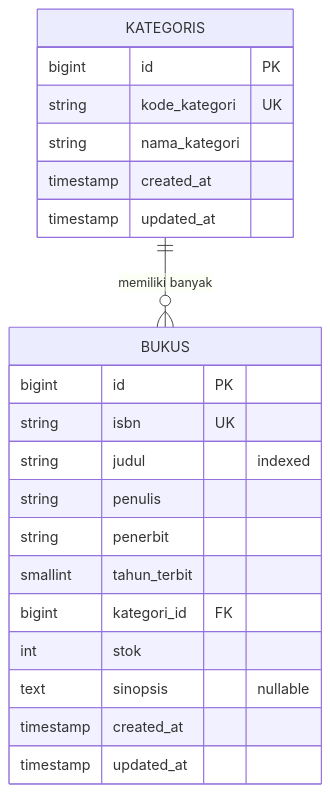
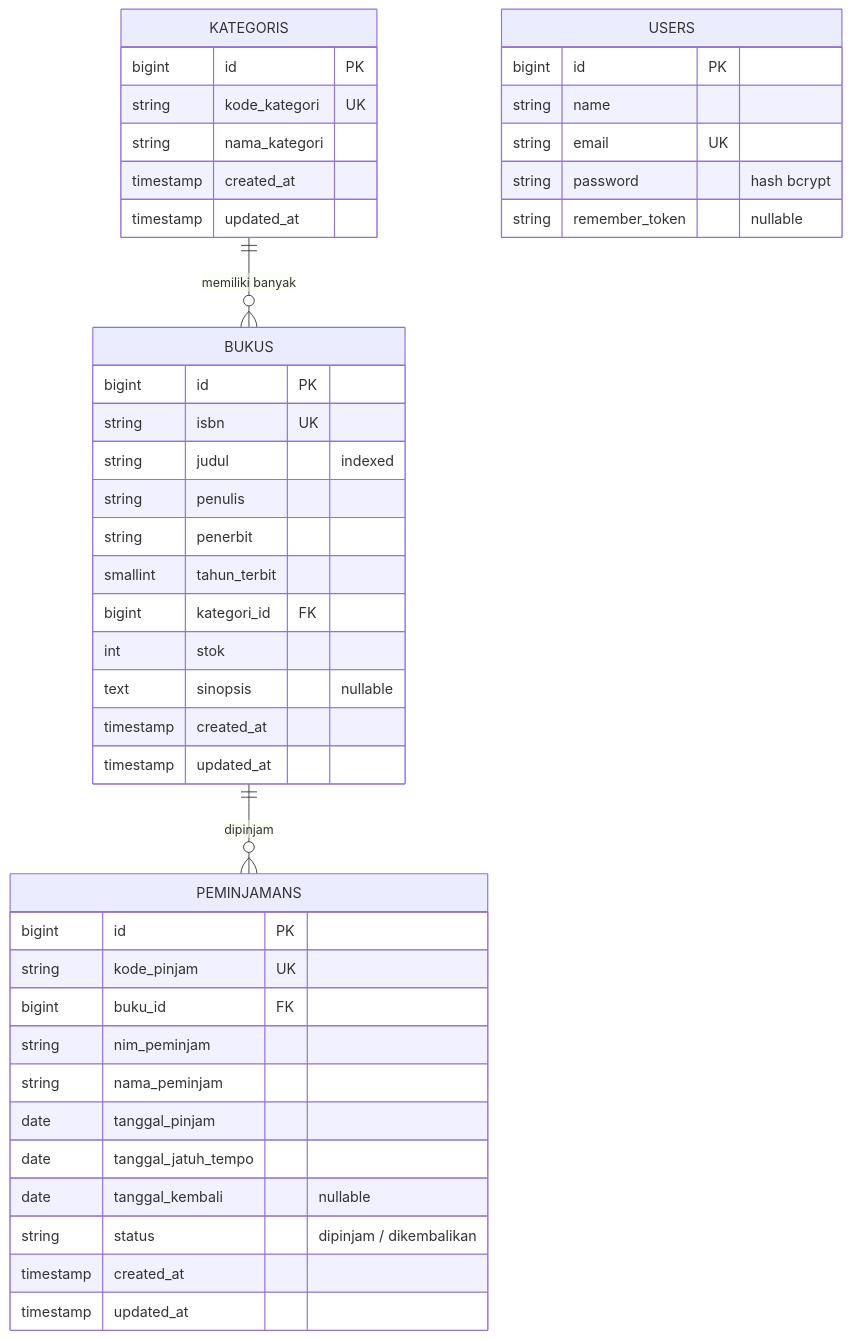
The second of 2 diagrams in README.md (GeraldaGultom/ppw-2026-week5-12S24051), drawn with Mermaid before and after one commit. The commit also changed other lines of this file, not shown here.

Commit message:
docs(readme): add ACID evidence, query builder stats, session audit, and ERD

````diff
--- a/README.md
+++ b/README.md
@@ -61,24 +78,45 @@
 ```mermaid
 erDiagram
     KATEGORIS ||--o{ BUKUS : "memiliki banyak"
+    BUKUS ||--o{ PEMINJAMANS : "dipinjam"
     KATEGORIS {
         bigint id PK
         string kode_kategori UK
         string nama_kategori
         timestamp created_at
         timestamp updated_at
     }
     BUKUS {
         bigint id PK
         string isbn UK
         string judul "indexed"
         string penulis
         string penerbit
         smallint tahun_terbit
         bigint kategori_id FK
         int stok
         text sinopsis "nullable"
         timestamp created_at
         timestamp updated_at
     }
+    PEMINJAMANS {
+        bigint id PK
+        string kode_pinjam UK
+        bigint buku_id FK
+        string nim_peminjam
+        string nama_peminjam
+        date tanggal_pinjam
+        date tanggal_jatuh_tempo
+        date tanggal_kembali "nullable"
+        string status "dipinjam / dikembalikan"
+        timestamp created_at
+        timestamp updated_at
+    }
+    USERS {
+        bigint id PK
+        string name
+        string email UK
+        string password "hash bcrypt"
+        string remember_token "nullable"
+    }
 ```
````
